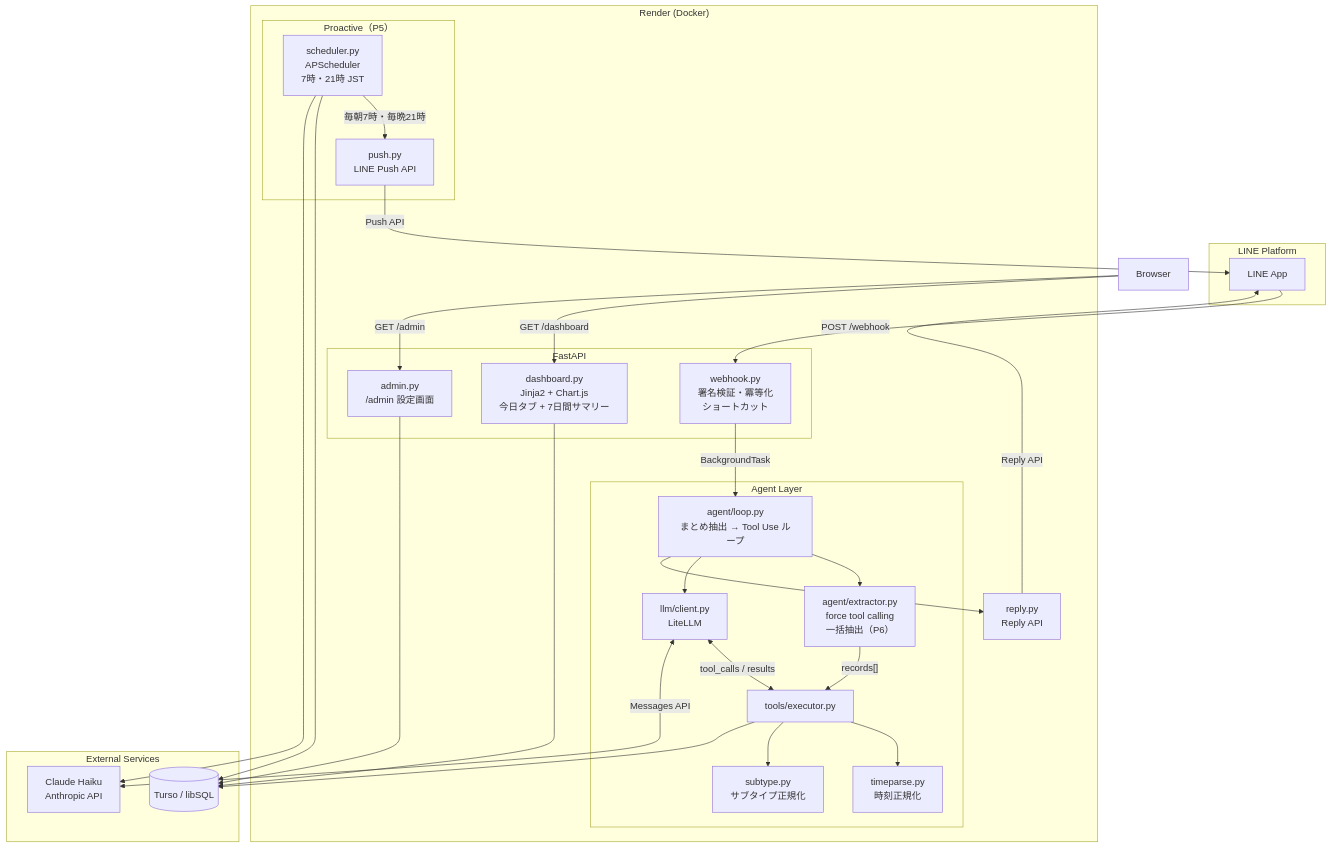
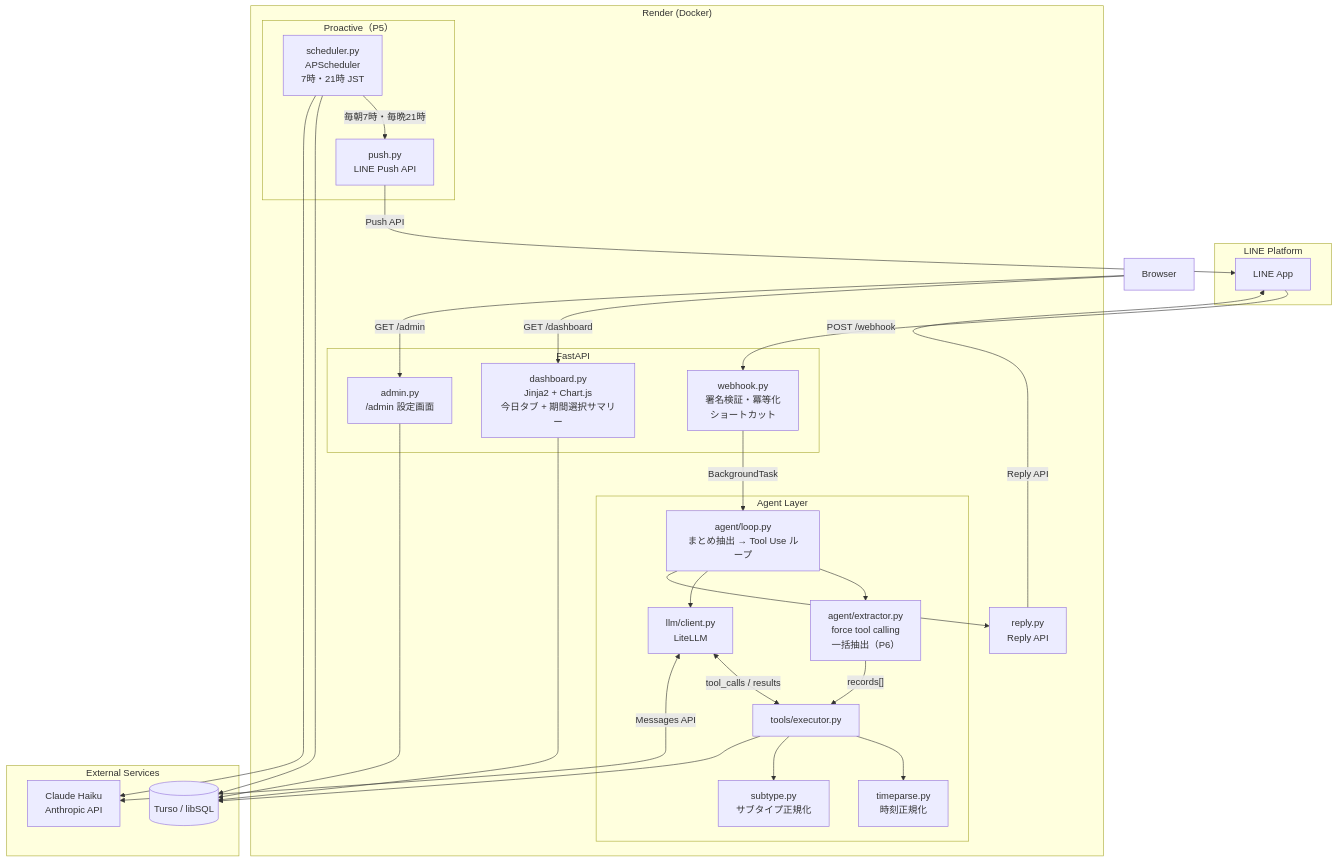
The first of 3 diagrams in README.md (Kaaaaazuya/koto-log), drawn with Mermaid before and after one commit. The commit also changed other lines of this file and 4 other files, not shown here.

````diff
--- a/README.md
+++ b/README.md
@@ -51,53 +51,53 @@
 ```mermaid
 graph TD
     subgraph LINE["LINE Platform"]
         LA[LINE App]
     end
 
     subgraph Render["Render (Docker)"]
         subgraph FastAPI
             WH["webhook.py\n署名検証・冪等化\nショートカット"]
-            DASH["dashboard.py\nJinja2 + Chart.js\n今日タブ + 7日間サマリー"]
+            DASH["dashboard.py\nJinja2 + Chart.js\n今日タブ + 期間選択サマリー"]
             ADM["admin.py\n/admin 設定画面"]
         end
         subgraph Agent["Agent Layer"]
             LOOP["agent/loop.py\nまとめ抽出 → Tool Use ループ"]
             EXT["agent/extractor.py\nforce tool calling\n一括抽出（P6）"]
             LLM["llm/client.py\nLiteLLM"]
             EXEC["tools/executor.py"]
             TP["timeparse.py\n時刻正規化"]
             ST["subtype.py\nサブタイプ正規化"]
         end
         subgraph Proactive["Proactive（P5）"]
             SCH["scheduler.py\nAPScheduler\n7時・21時 JST"]
             PUSH["push.py\nLINE Push API"]
         end
         REPLY["reply.py\nReply API"]
     end
 
     subgraph External["External Services"]
         CLAUDE["Claude Haiku\nAnthropic API"]
         DB[("Turso / libSQL")]
     end
 
     LA -->|"POST /webhook"| WH
     WH -->|"BackgroundTask"| LOOP
     LOOP --> EXT
     EXT -->|"records[]"| EXEC
     LOOP --> LLM
     LLM <-->|"tool_calls / results"| EXEC
     EXEC --> TP
     EXEC --> ST
     EXEC --> DB
     LLM <-->|"Messages API"| CLAUDE
     LOOP --> REPLY
     REPLY -->|"Reply API"| LA
     SCH -->|"毎朝7時・毎晩21時"| PUSH
     SCH --> DB
     SCH --> CLAUDE
     PUSH -->|"Push API"| LA
     Browser -->|"GET /dashboard"| DASH
     Browser -->|"GET /admin"| ADM
     DASH --> DB
     ADM --> DB
 ```
````
